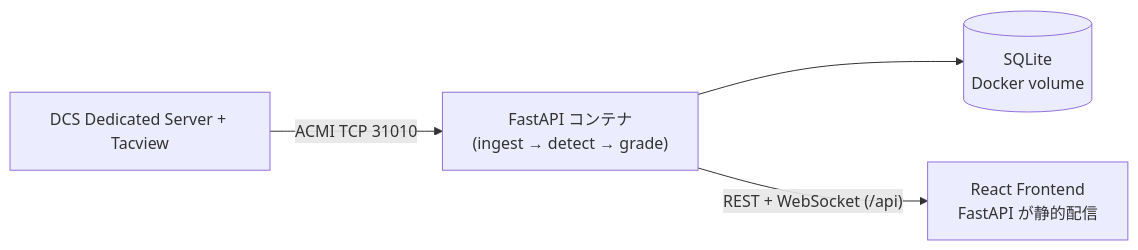
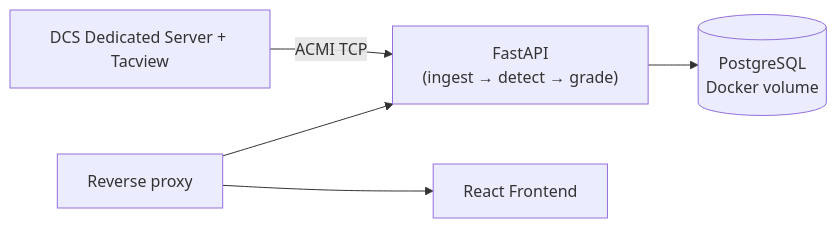
One commit to 5kdn/DCSLandingTeacher changed the diagram in README.md. Above: the diagram before and after it, drawn with Mermaid. The commit also changed other lines of this file and 7 other files, not shown here.

````diff
--- a/README.md
+++ b/README.md
@@ -33,6 +33,7 @@
 ```mermaid
 flowchart LR
-    DCS[DCS Dedicated Server + Tacview] -- "ACMI TCP 31010" --> APP["FastAPI コンテナ<br/>(ingest → detect → grade)"]
-    APP --> DB[(SQLite<br/>Docker volume)]
-    APP -- "REST + WebSocket (/api)" --> UI[React Frontend<br/>FastAPI が静的配信]
+    DCS[DCS Dedicated Server + Tacview] -- "ACMI TCP" --> API["FastAPI<br/>(ingest → detect → grade)"]
+    API --> DB[(PostgreSQL<br/>Docker volume)]
+    PROXY[Reverse proxy] --> UI[React Frontend]
+    PROXY --> API
 ```
````
